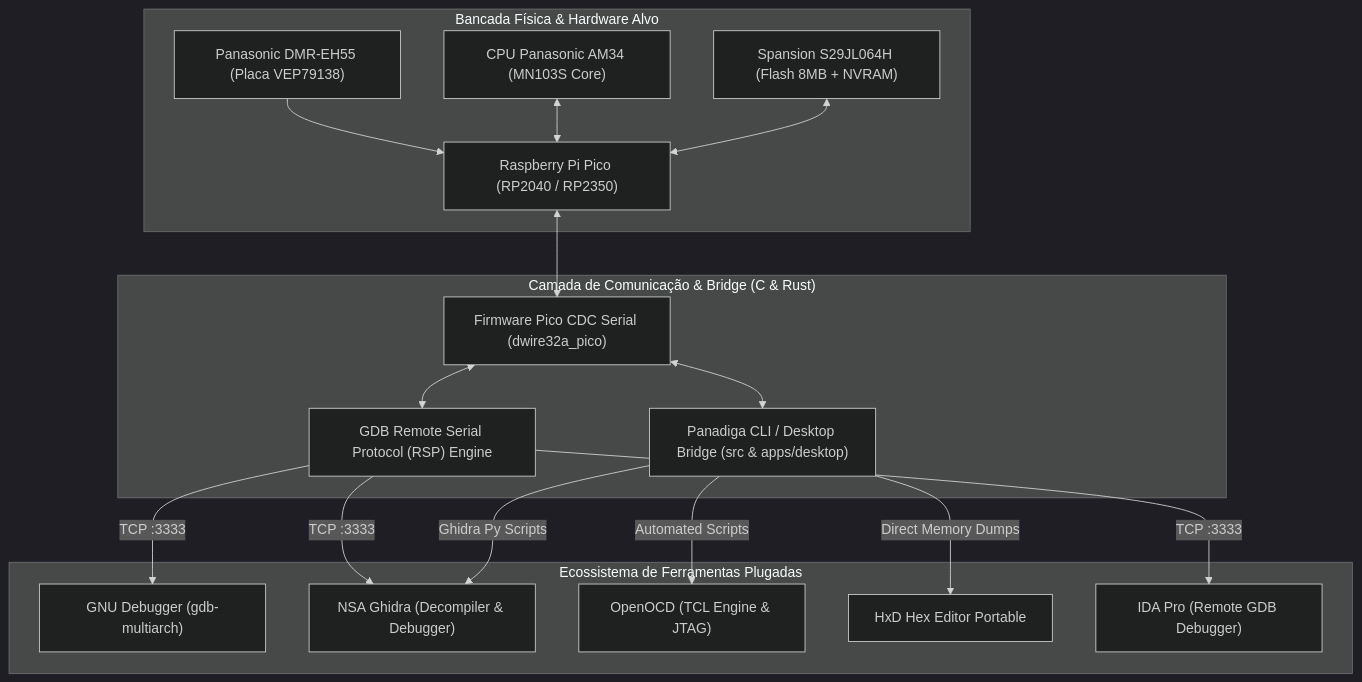
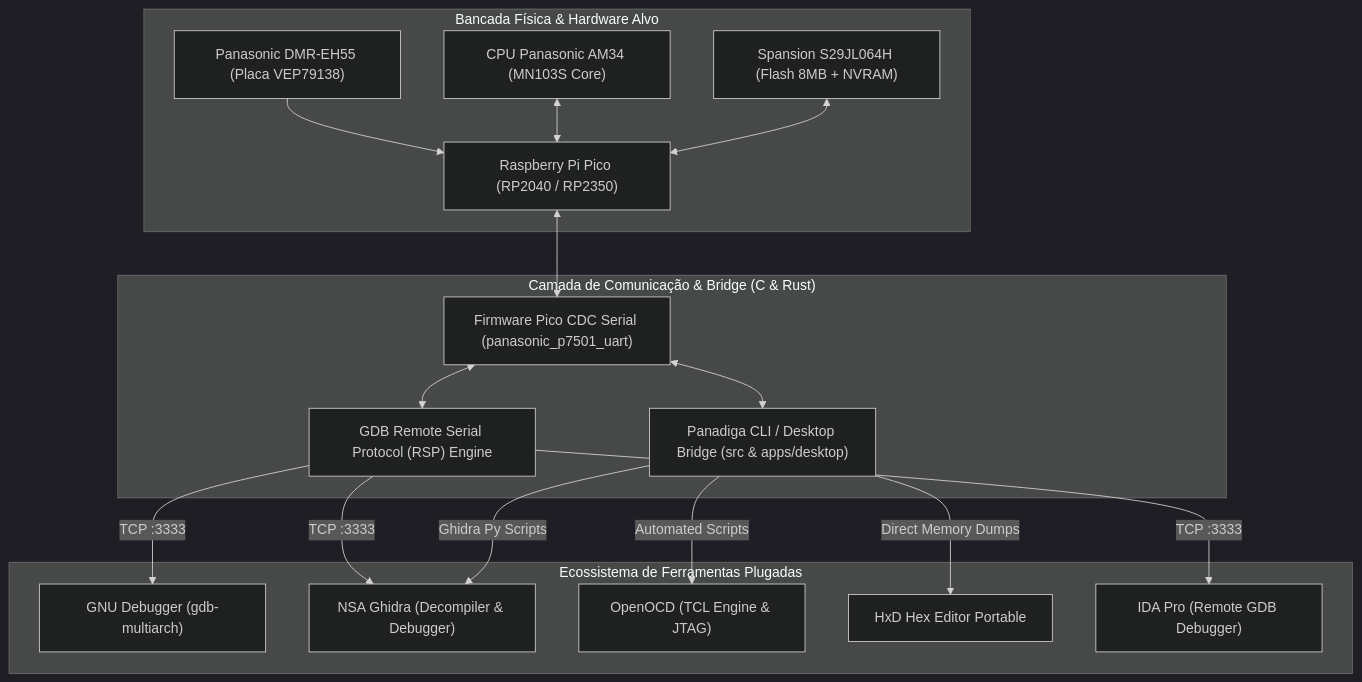
The diagram in docs/pt-BR/ESTRATEGIA_INTEGRACAO_GHIDRA_GDB.md (danielchrono/Panadiga), drawn with Mermaid (dark theme) before and after one commit. The commit also changed other lines of this file and 775 other files, not shown here.

````diff
--- a/docs/pt-BR/ESTRATEGIA_INTEGRACAO_GHIDRA_GDB.md
+++ b/docs/pt-BR/ESTRATEGIA_INTEGRACAO_GHIDRA_GDB.md
@@ -11,36 +11,36 @@
 ```mermaid
 flowchart TD
     subgraph Hardware ["Bancada Física & Hardware Alvo"]
         PAN["Panasonic DMR-EH55 (Placa VEP79138)"]
         SPANSION["Spansion S29JL064H (Flash 8MB + NVRAM)"]
         AM34["CPU Panasonic AM34 (MN103S Core)"]
         PICO["Raspberry Pi Pico (RP2040 / RP2350)"]
         PAN --> PICO
         AM34 <--> PICO
         SPANSION <--> PICO
     end
 
     subgraph CoreBridge ["Camada de Comunicação & Bridge (C & Rust)"]
-        CDC["Firmware Pico CDC Serial (dwire32a_pico)"]
+        CDC["Firmware Pico CDC Serial (panasonic_p7501_uart)"]
         RSP["GDB Remote Serial Protocol (RSP) Engine"]
         PANAPICO["Panadiga CLI / Desktop Bridge (src & apps/desktop)"]
         PICO <--> CDC
         CDC <--> RSP
         CDC <--> PANAPICO
     end
 
     subgraph Ecosystem ["Ecossistema de Ferramentas Plugadas"]
         GDB["GNU Debugger (gdb-multiarch)"]
         GHIDRA["NSA Ghidra (Decompiler & Debugger)"]
         OPENOCD["OpenOCD (TCL Engine & JTAG)"]
         HXD["HxD Hex Editor Portable"]
         IDA["IDA Pro (Remote GDB Debugger)"]
     end
 
     RSP -- "TCP :3333" --> GDB
     RSP -- "TCP :3333" --> GHIDRA
     RSP -- "TCP :3333" --> IDA
     PANAPICO -- "Automated Scripts" --> OPENOCD
     PANAPICO -- "Direct Memory Dumps" --> HXD
     PANAPICO -- "Ghidra Py Scripts" --> GHIDRA
 ```
````
